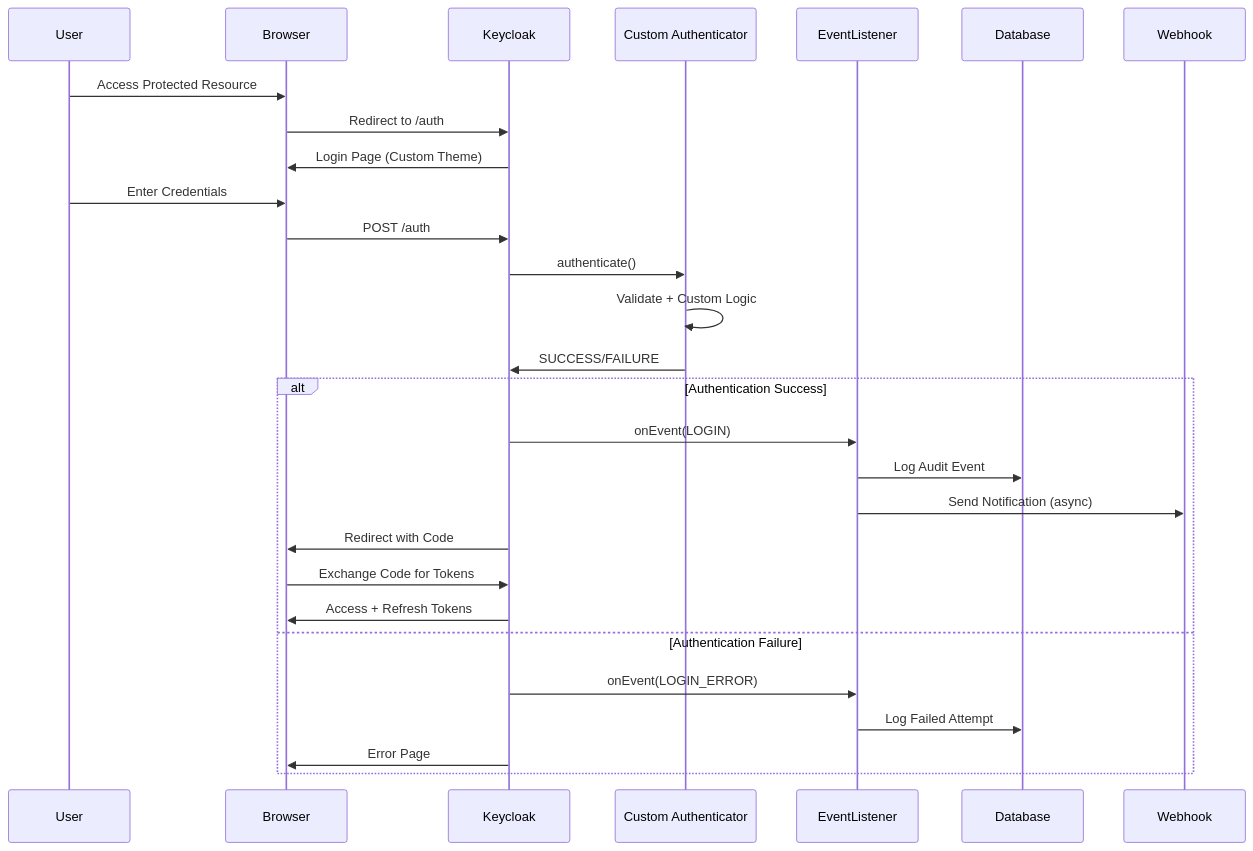
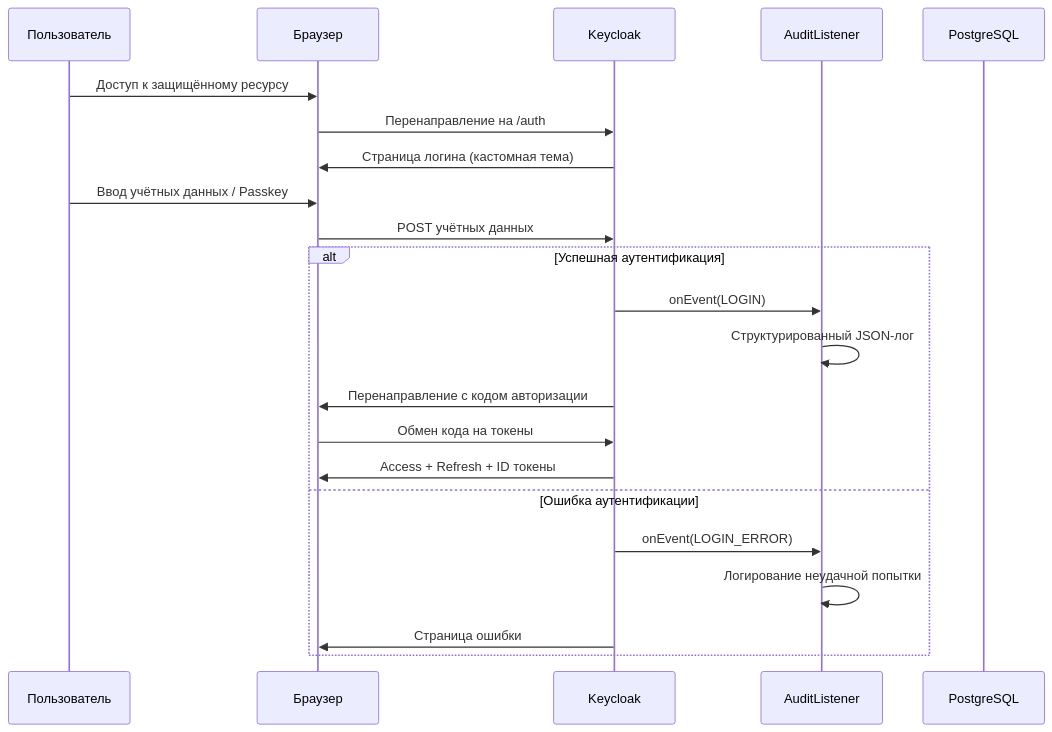
One commit to KIlnur/FinAppKC changed the second of 2 diagrams in docs/ARCHITECTURE.md. Above: the diagram before and after it, drawn with Mermaid. The commit also changed other lines of this file and 10 other files, not shown here.

````diff
--- a/docs/ARCHITECTURE.md
+++ b/docs/ARCHITECTURE.md
@@ -106,33 +108,26 @@
 ```mermaid
 sequenceDiagram
-    participant User
-    participant Browser
+    participant Пользователь
+    participant Браузер
     participant Keycloak
-    participant CustomAuth as Custom Authenticator
-    participant EventListener
-    participant Database
-    participant Webhook
+    participant AuditListener
+    participant PostgreSQL
 
-    User->>Browser: Access Protected Resource
-    Browser->>Keycloak: Redirect to /auth
-    Keycloak->>Browser: Login Page (Custom Theme)
-    User->>Browser: Enter Credentials
-    Browser->>Keycloak: POST /auth
+    Пользователь->>Браузер: Доступ к защищённому ресурсу
+    Браузер->>Keycloak: Перенаправление на /auth
+    Keycloak->>Браузер: Страница логина (кастомная тема)
+    Пользователь->>Браузер: Ввод учётных данных / Passkey
+    Браузер->>Keycloak: POST учётных данных
     
-    Keycloak->>CustomAuth: authenticate()
-    CustomAuth->>CustomAuth: Validate + Custom Logic
-    CustomAuth->>Keycloak: SUCCESS/FAILURE
-    
-    alt Authentication Success
-        Keycloak->>EventListener: onEvent(LOGIN)
-        EventListener->>Database: Log Audit Event
-        EventListener->>Webhook: Send Notification (async)
-        Keycloak->>Browser: Redirect with Code
-        Browser->>Keycloak: Exchange Code for Tokens
-        Keycloak->>Browser: Access + Refresh Tokens
-    else Authentication Failure
-        Keycloak->>EventListener: onEvent(LOGIN_ERROR)
-        EventListener->>Database: Log Failed Attempt
-        Keycloak->>Browser: Error Page
+    alt Успешная аутентификация
+        Keycloak->>AuditListener: onEvent(LOGIN)
+        AuditListener->>AuditListener: Структурированный JSON-лог
+        Keycloak->>Браузер: Перенаправление с кодом авторизации
+        Браузер->>Keycloak: Обмен кода на токены
+        Keycloak->>Браузер: Access + Refresh + ID токены
+    else Ошибка аутентификации
+        Keycloak->>AuditListener: onEvent(LOGIN_ERROR)
+        AuditListener->>AuditListener: Логирование неудачной попытки
+        Keycloak->>Браузер: Страница ошибки
     end
 ```
````
